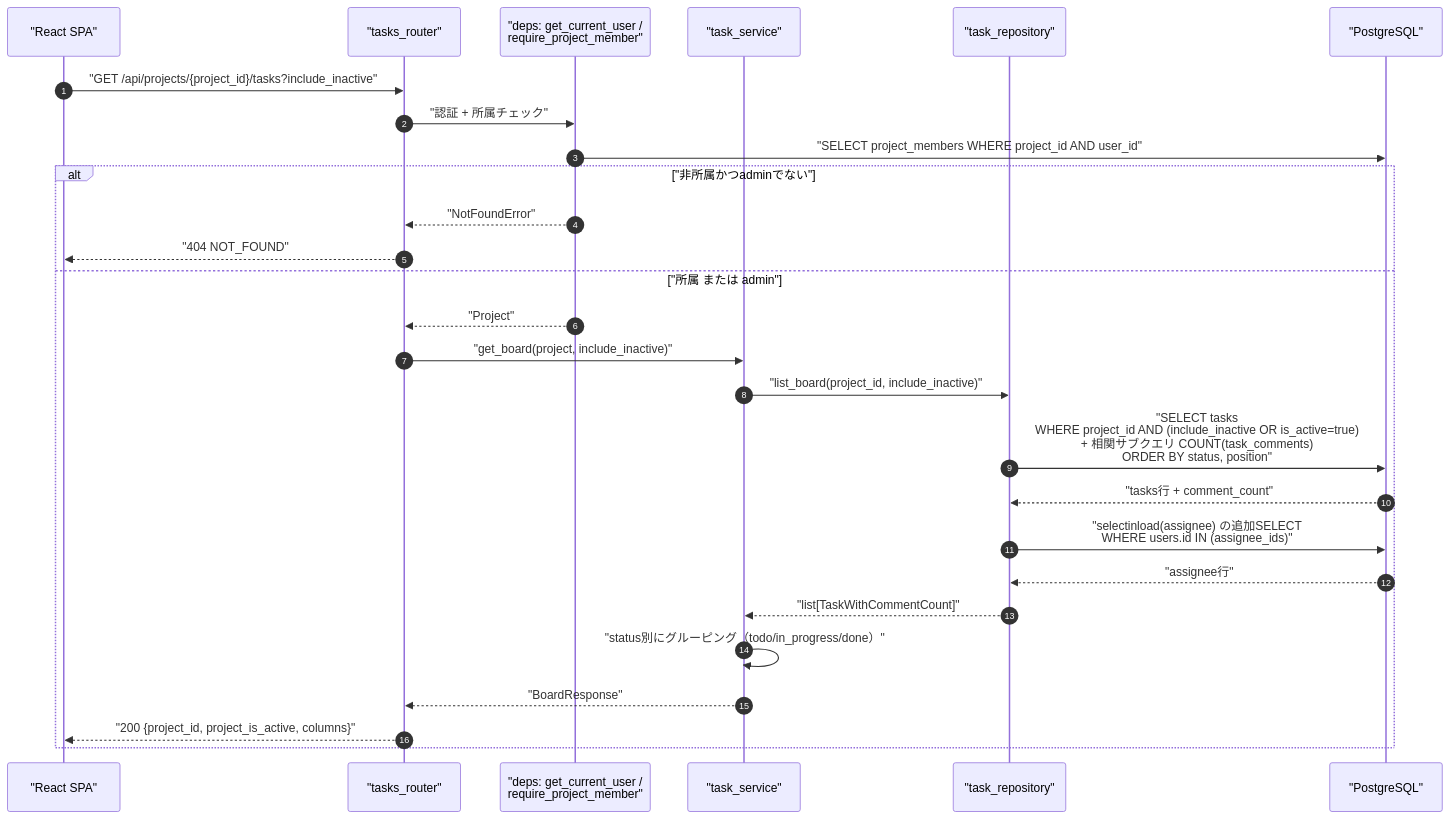
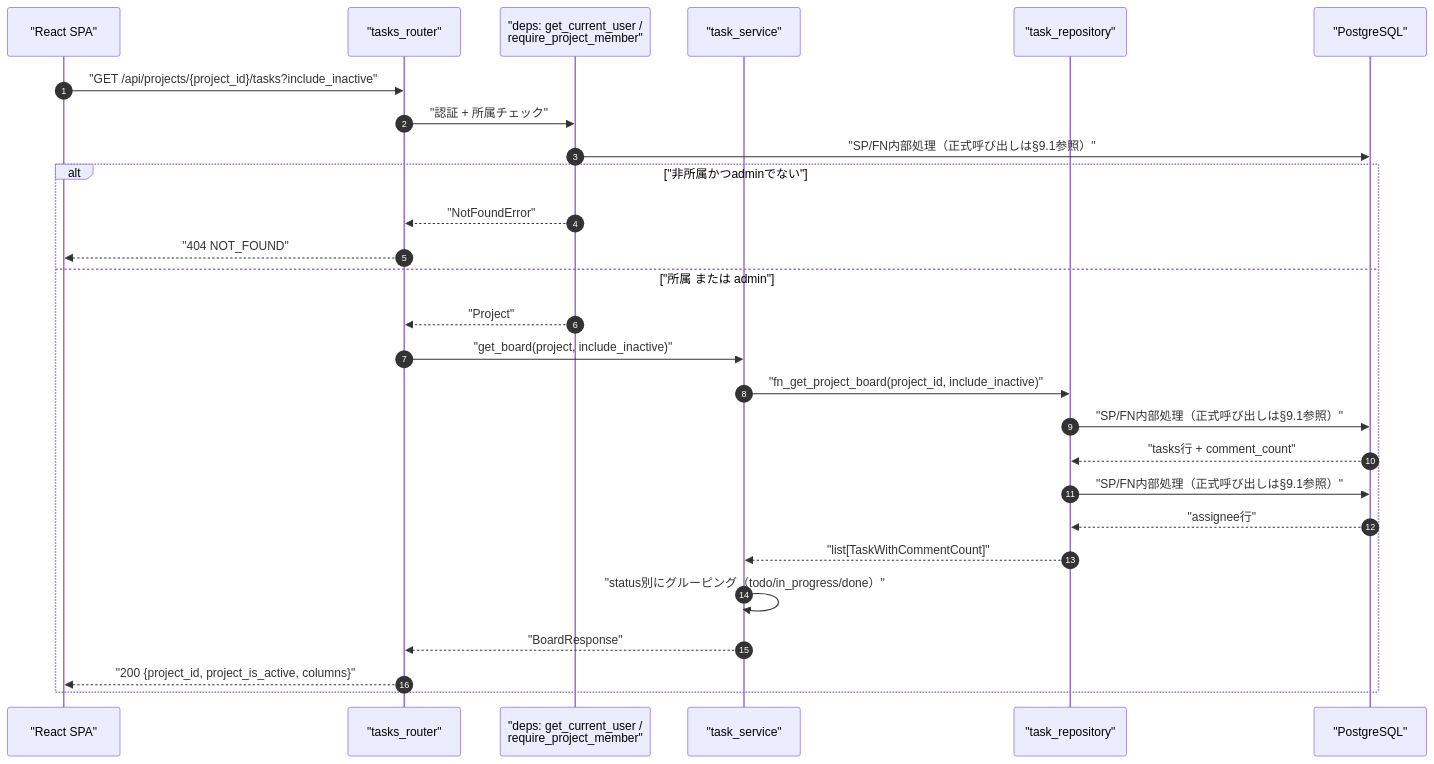
The first of 4 diagrams in detailed_design/api/tasks/01_get_project_tasks.md (oikawa-d/task_management), drawn with Mermaid before and after one commit. The commit also changed other lines of this file and 58 other files, not shown here.

````diff
--- a/detailed_design/api/tasks/01_get_project_tasks.md
+++ b/detailed_design/api/tasks/01_get_project_tasks.md
@@ -123,30 +123,30 @@
 ```mermaid
 sequenceDiagram
     autonumber
     participant FE as "React SPA"
     participant R as "tasks_router"
     participant D as "deps: get_current_user /<br/>require_project_member"
     participant S as "task_service"
     participant TR as "task_repository"
     participant PG as "PostgreSQL"
 
     FE->>R: "GET /api/projects/{project_id}/tasks?include_inactive"
     R->>D: "認証 + 所属チェック"
-    D->>PG: "SELECT project_members WHERE project_id AND user_id"
+    D->>PG: "SP/FN内部処理（正式呼び出しは§9.1参照）"
     alt "非所属かつadminでない"
         D-->>R: "NotFoundError"
         R-->>FE: "404 NOT_FOUND"
     else "所属 または admin"
         D-->>R: "Project"
         R->>S: "get_board(project, include_inactive)"
-        S->>TR: "list_board(project_id, include_inactive)"
-        TR->>PG: "SELECT tasks<br/>WHERE project_id AND (include_inactive OR is_active=true)<br/>+ 相関サブクエリ COUNT(task_comments)<br/>ORDER BY status, position"
+        S->>TR: "fn_get_project_board(project_id, include_inactive)"
+        TR->>PG: "SP/FN内部処理（正式呼び出しは§9.1参照）"
         PG-->>TR: "tasks行 + comment_count"
-        TR->>PG: "selectinload(assignee) の追加SELECT<br/>WHERE users.id IN (assignee_ids)"
+        TR->>PG: "SP/FN内部処理（正式呼び出しは§9.1参照）"
         PG-->>TR: "assignee行"
         TR-->>S: "list[TaskWithCommentCount]"
         S->>S: "status別にグルーピング（todo/in_progress/done）"
         S-->>R: "BoardResponse"
         R-->>FE: "200 {project_id, project_is_active, columns}"
     end
 ```
````
